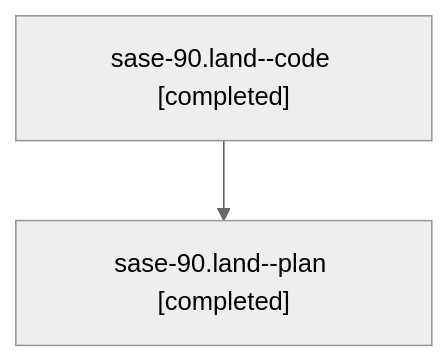
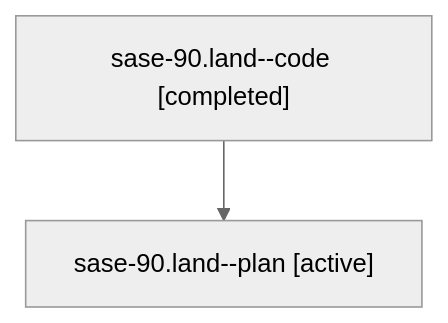
The diagram in families/bbugyi200.athena.sase-90.land.md (sase-org/sase--agents), drawn with Mermaid (neutral theme) before and after one commit. The commit also changed other lines of this file and 8679 other files, not shown here.

````diff
--- a/families/bbugyi200.athena.sase-90.land.md
+++ b/families/bbugyi200.athena.sase-90.land.md
@@ -9,6 +9,6 @@
 ```mermaid
 flowchart TD
   n0["sase-90.land--code [completed]"]
-  n1["sase-90.land--plan [completed]"]
+  n1["sase-90.land--plan [active]"]
   n0 --> n1
 ```
````
